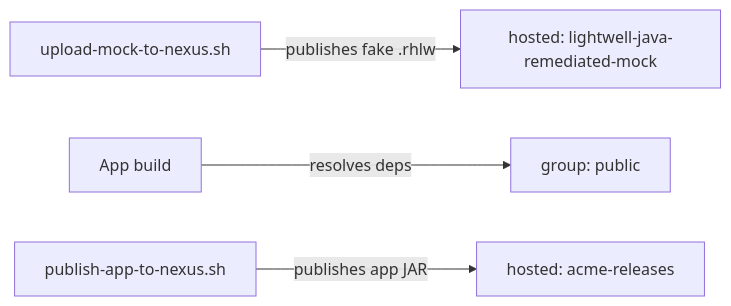
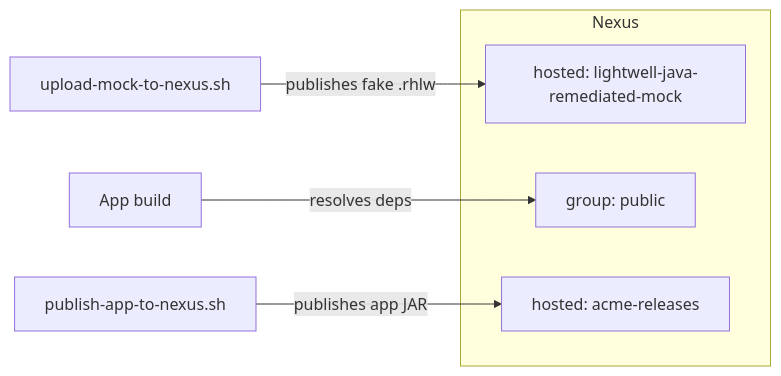
Before and after one commit to ansible-tmm/lightwell_app: the second of 3 diagrams in README.md, drawn with Mermaid. The commit also changed other lines of this file, not shown here.

Commit message:
Tighten Mermaid diagrams: edge labels, Nexus boundary, search order.

````diff
--- a/README.md
+++ b/README.md
@@ -49,6 +52,12 @@
 ```mermaid
 flowchart LR
-  Upload["upload-mock-to-nexus.sh"] -->|"publishes fake .rhlw"| LW["hosted: lightwell-java-remediated-mock"]
-  Build["App build"] -->|"resolves deps"| Pub["group: public"]
-  Publish["publish-app-to-nexus.sh"] -->|"publishes app JAR"| APP["hosted: acme-releases"]
+  Upload["upload-mock-to-nexus.sh"] -->|"publishes fake .rhlw"| LW
+  Build["App build"] -->|"resolves deps"| Pub
+  Publish["publish-app-to-nexus.sh"] -->|"publishes app JAR"| APP
+
+  subgraph Nexus
+    LW["hosted: lightwell-java-remediated-mock"]
+    Pub["group: public"]
+    APP["hosted: acme-releases"]
+  end
 ```
````
